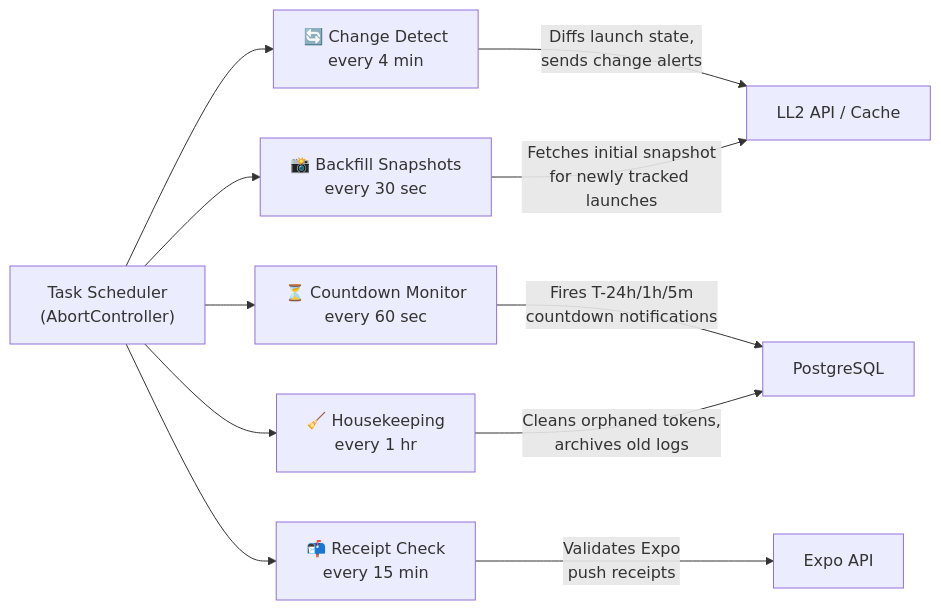
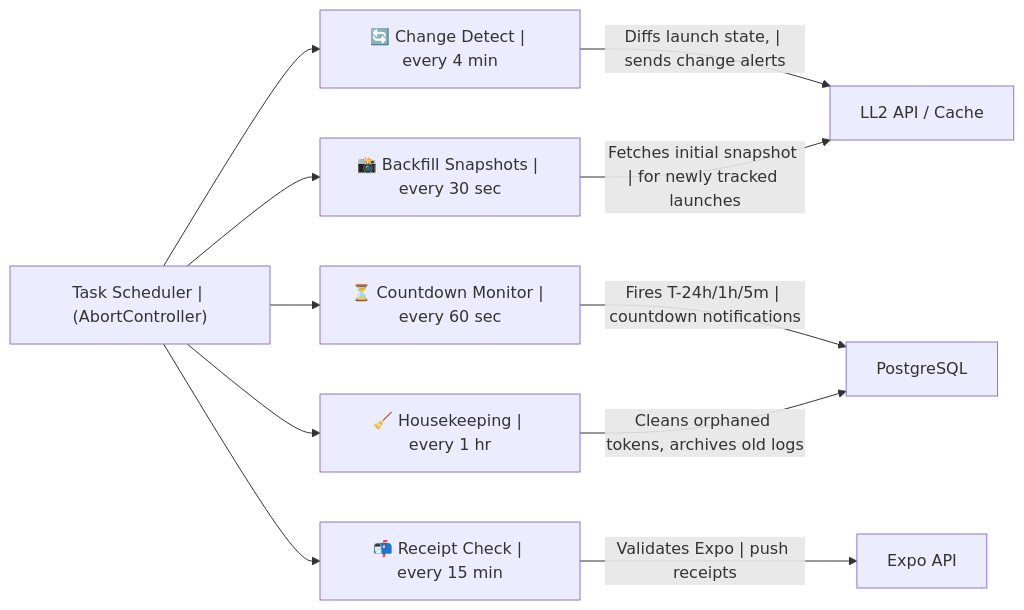
One commit to jamus/orbitq-api-docs changed the fifth of 6 diagrams in README.md. Above: the diagram before and after it, drawn with Mermaid. The commit also changed other lines of this file, not shown here.

````diff
--- a/README.md
+++ b/README.md
@@ -183,16 +175,16 @@
 ```mermaid
 graph LR
-    Scheduler["Task Scheduler\n(AbortController)"]
+    Scheduler["Task Scheduler | (AbortController)"]
 
-    Scheduler --> A["🔄 Change Detect\nevery 4 min"]
-    Scheduler --> B["📸 Backfill Snapshots\nevery 30 sec"]
-    Scheduler --> C["⏳ Countdown Monitor\nevery 60 sec"]
-    Scheduler --> D["📬 Receipt Check\nevery 15 min"]
-    Scheduler --> E["🧹 Housekeeping\nevery 1 hr"]
+    Scheduler --> A["🔄 Change Detect | every 4 min"]
+    Scheduler --> B["📸 Backfill Snapshots | every 30 sec"]
+    Scheduler --> C["⏳ Countdown Monitor | every 60 sec"]
+    Scheduler --> D["📬 Receipt Check | every 15 min"]
+    Scheduler --> E["🧹 Housekeeping | every 1 hr"]
 
-    A -->|"Diffs launch state,\nsends change alerts"| LL2["LL2 API / Cache"]
-    B -->|"Fetches initial snapshot\nfor newly tracked launches"| LL2
-    C -->|"Fires T-24h/1h/5m\ncountdown notifications"| PG["PostgreSQL"]
-    D -->|"Validates Expo\npush receipts"| Expo["Expo API"]
-    E -->|"Cleans orphaned tokens,\narchives old logs"| PG
+    A -->|"Diffs launch state, | sends change alerts"| LL2["LL2 API / Cache"]
+    B -->|"Fetches initial snapshot | for newly tracked launches"| LL2
+    C -->|"Fires T-24h/1h/5m | countdown notifications"| PG["PostgreSQL"]
+    D -->|"Validates Expo | push receipts"| Expo["Expo API"]
+    E -->|"Cleans orphaned tokens, archives old logs"| PG
 ```
````
